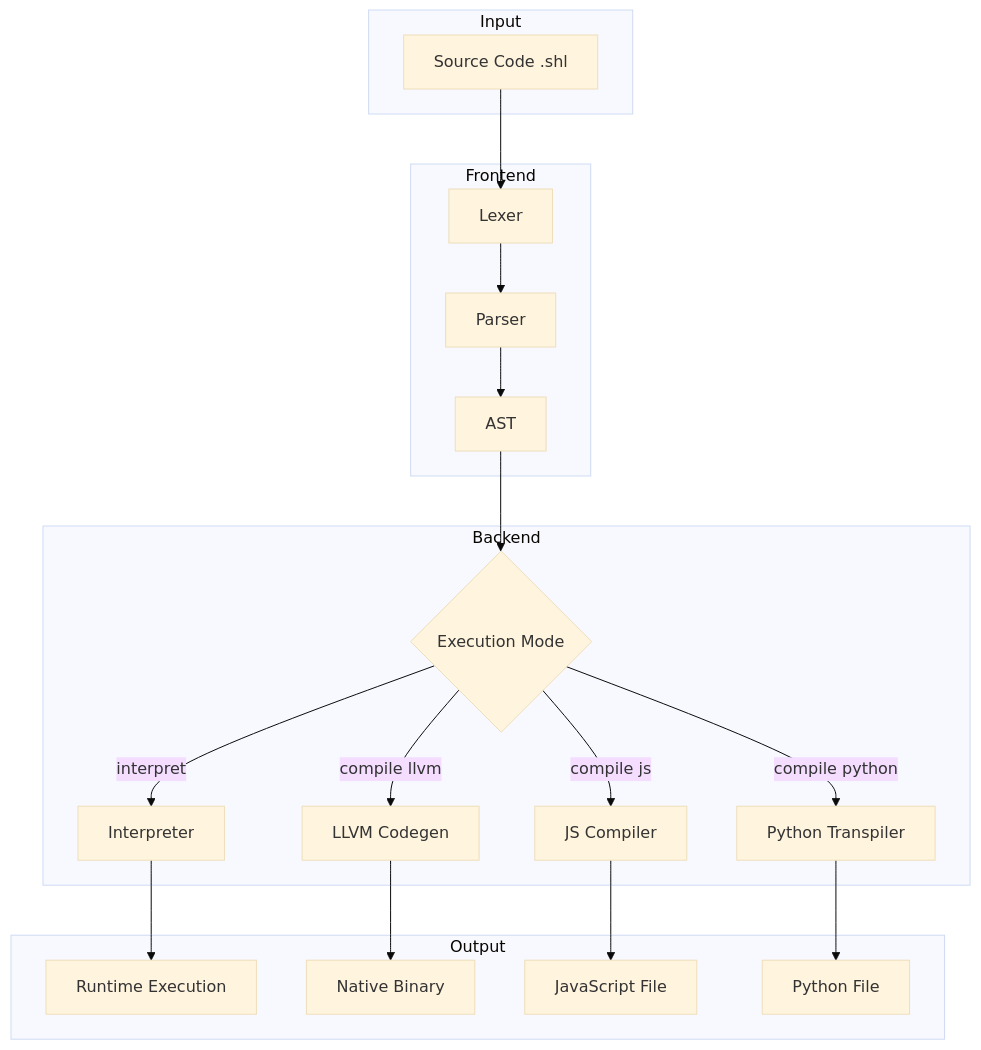
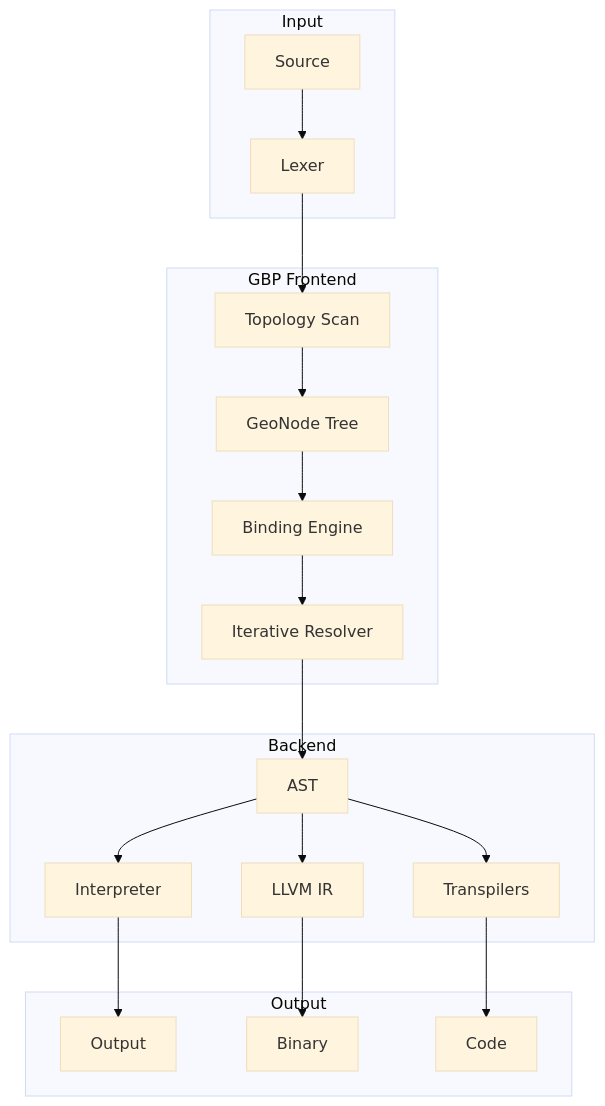
One commit to ShellLite/ShellLite changed the first of 5 diagrams in README.md. Above: the diagram before and after it, drawn with Mermaid (base theme).

Commit message:
Refactor architecture diagram in README.md for GBP

````diff
--- a/README.md
+++ b/README.md
@@ -48,33 +48,26 @@
 ```mermaid
 flowchart TB
-    subgraph Input
-        A[Source Code .shl]
+    subgraph "Input"
+        A[Source] --> B[Lexer]
     end
     
-    subgraph Frontend
-        B[Lexer]
-        C[Parser]
-        D[AST]
+    subgraph "GBP Frontend"
+        B --> C[Topology Scan]
+        C --> D[GeoNode Tree]
+        D --> E[Binding Engine]
+        E --> F[Iterative Resolver]
     end
     
-    subgraph Backend
-        E{Execution Mode}
-        F[Interpreter]
-        G[LLVM Codegen]
-        H[JS Compiler]
-        I[Python Transpiler]
+    subgraph "Backend"
+        F --> G[AST]
+        G --> H[Interpreter]
+        G --> I[LLVM IR]
+        G --> J[Transpilers]
     end
     
-    subgraph Output
-        J[Runtime Execution]
-        K[Native Binary]
-        L[JavaScript File]
-        M[Python File]
+    subgraph "Output"
+        H --> K[Output]
+        I --> L[Binary]
+        J --> M[Code]
     end
-    
-    A --> B --> C --> D --> E
-    E -->|interpret| F --> J
-    E -->|compile llvm| G --> K
-    E -->|compile js| H --> L
-    E -->|compile python| I --> M
 ```
````
